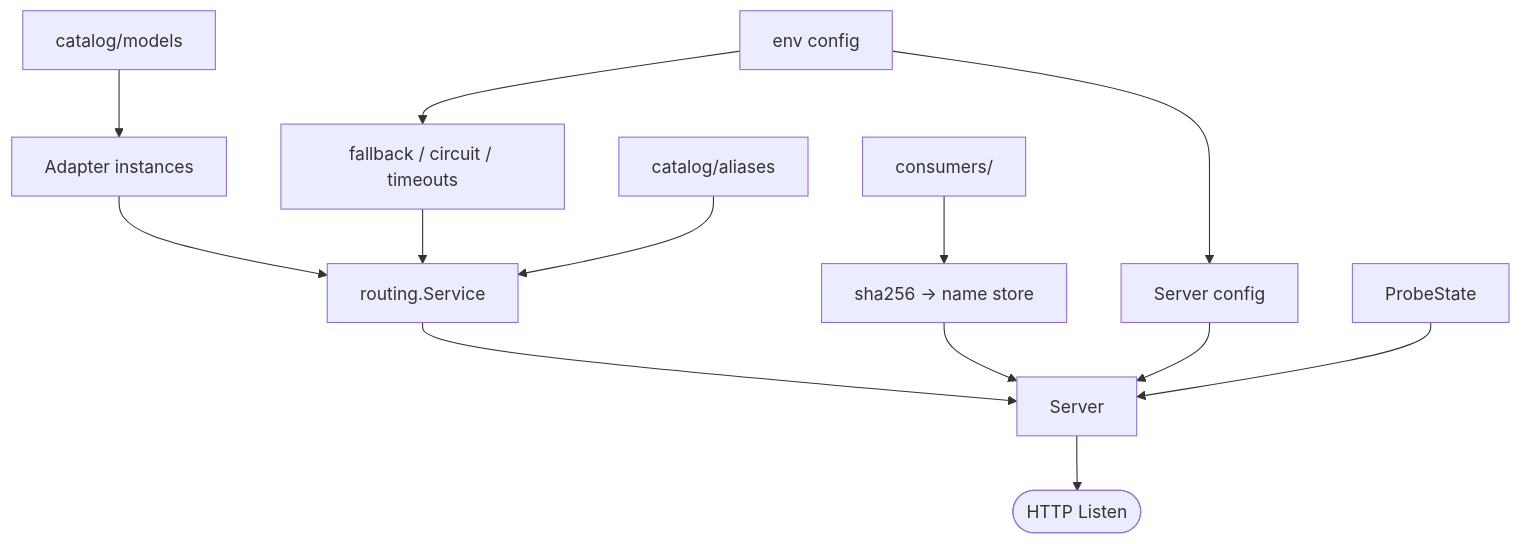
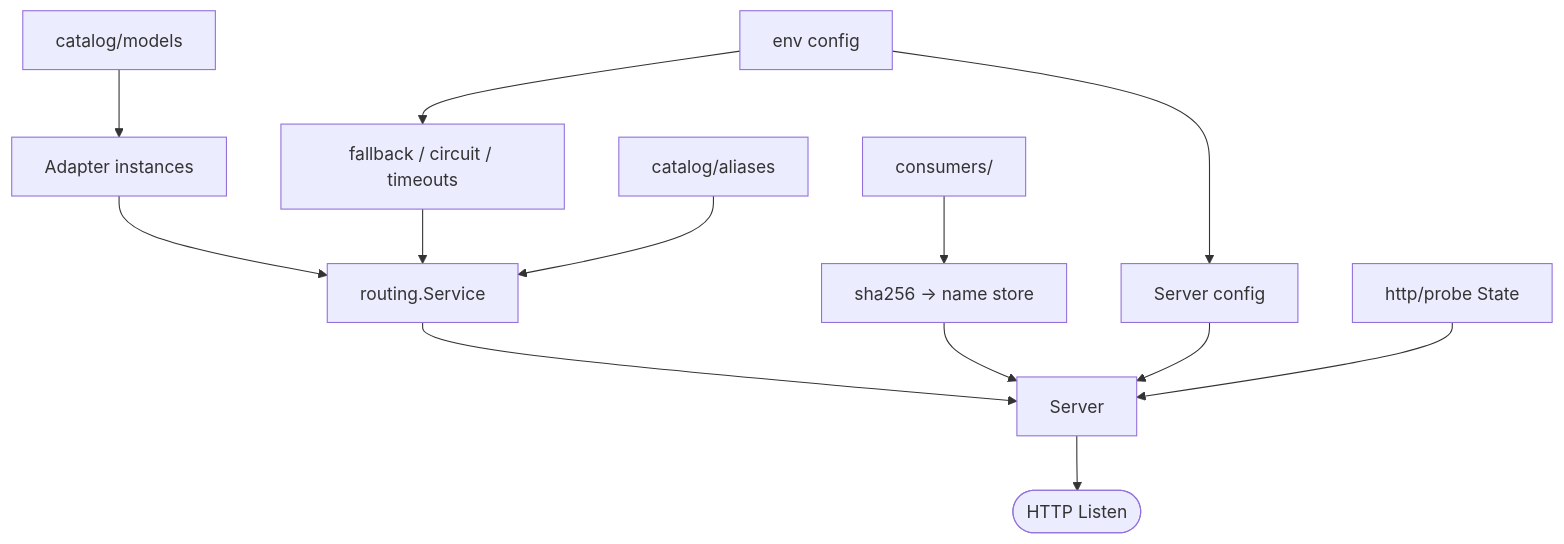
The first of 2 diagrams in docs/lifecycle.md (cagojeiger/llmgate), drawn with Mermaid before and after one commit. The commit also changed other lines of this file and 8 other files, not shown here.

First line of the commit message:
refactor(http): move probes under http probe

````diff
--- a/docs/lifecycle.md
+++ b/docs/lifecycle.md
@@ -9,15 +9,15 @@
 ```mermaid
 graph TD
     Env[env config] --> ServerCfg[Server config]
     Env --> Policy[fallback / circuit / timeouts]
     CatalogM[catalog/models] --> Adapters[Adapter instances]
     Adapters --> Service[routing.Service]
     CatalogA[catalog/aliases] --> Service
     Policy --> Service
     Consumers[consumers/] --> Store[sha256 → name store]
     ServerCfg --> Server
     Store --> Server
     Service --> Server
-    Probe[ProbeState] --> Server
+    Probe["http/probe State"] --> Server
     Server --> Listen([HTTP Listen])
 ```
````
